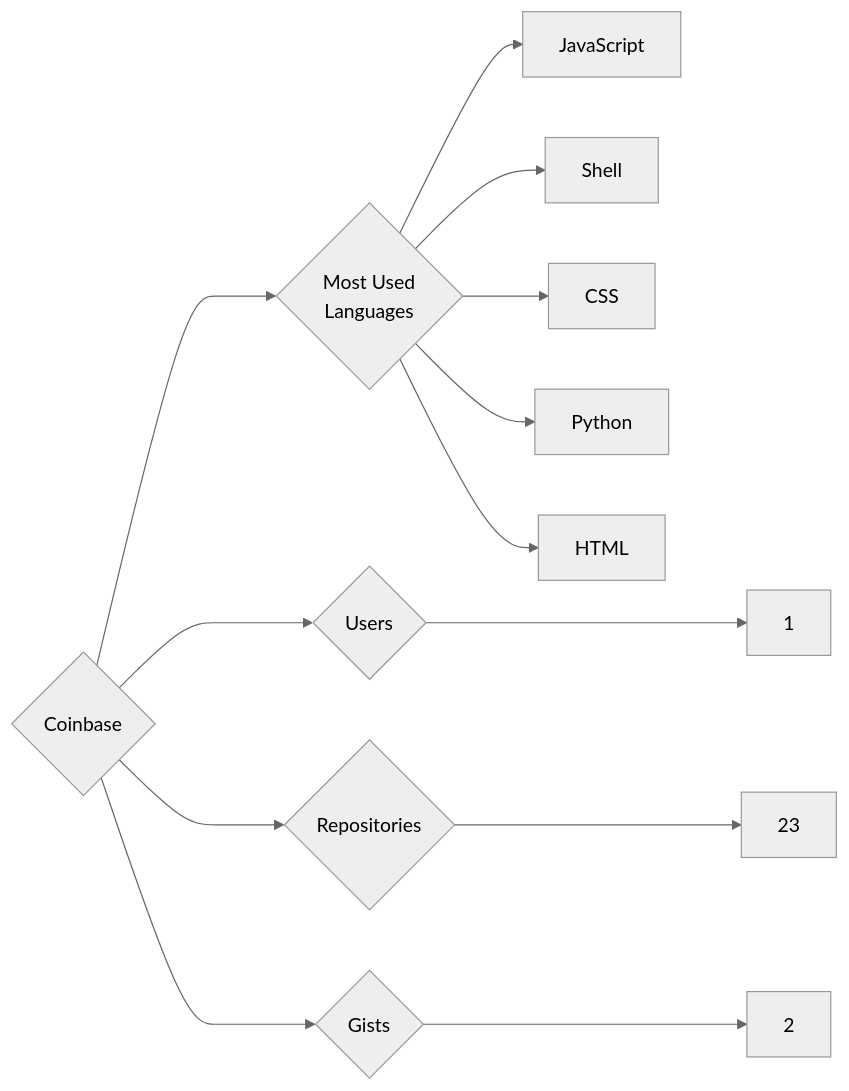
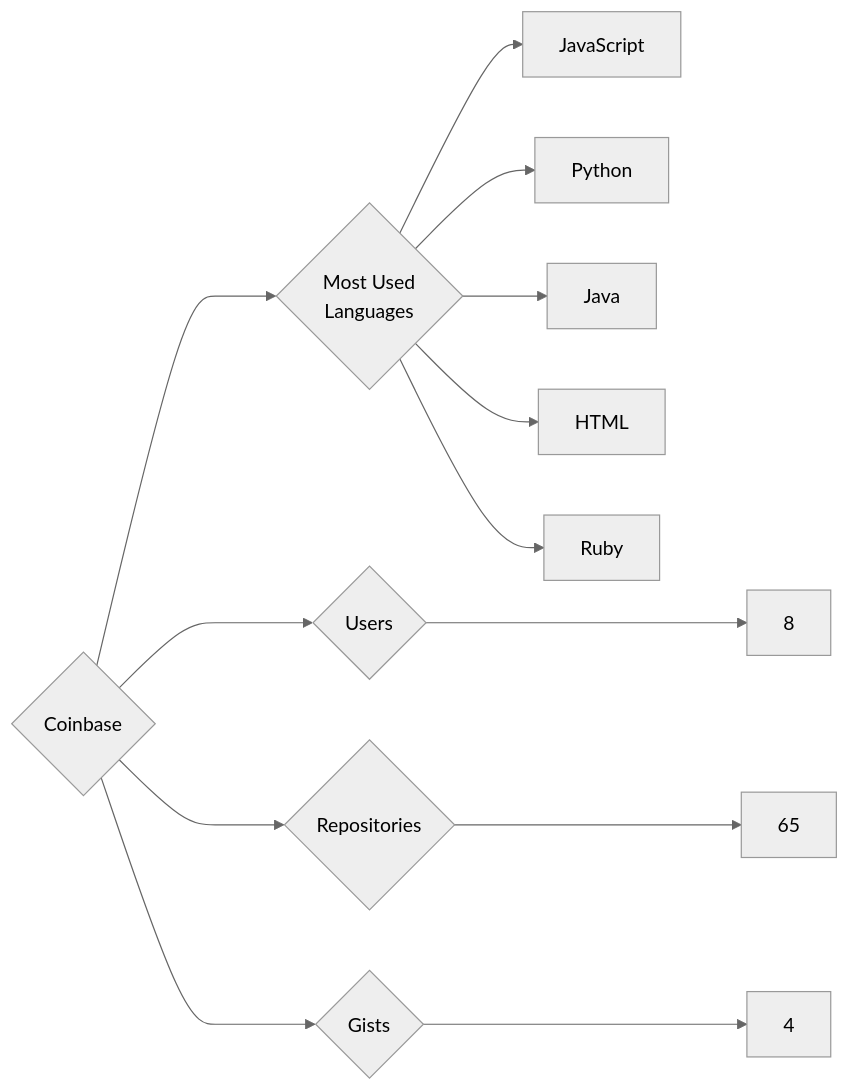
One commit to trickest/insiders changed the diagram in targets/Coinbase/README.md. Above: the diagram before and after it, drawn with Mermaid (neutral theme). The commit also changed 873 other files, not shown here.

````diff
--- a/targets/Coinbase/README.md
+++ b/targets/Coinbase/README.md
@@ -3,13 +3,13 @@
 ```mermaid
 graph LR
 COMPANY_NAME{Coinbase}
-COMPANY_NAME ---> U{Users} ---> UN[1]
-COMPANY_NAME ---> R{Repositories} ---> RN[23]
-COMPANY_NAME ---> G{Gists} ---> GN[2]
+COMPANY_NAME ---> U{Users} ---> UN[8]
+COMPANY_NAME ---> R{Repositories} ---> RN[65]
+COMPANY_NAME ---> G{Gists} ---> GN[4]
 COMPANY_NAME ---> ML{Most Used<br>Languages}
 ML --> JavaScript[JavaScript]
-ML --> Shell[Shell]
-ML --> CSS[CSS]
 ML --> Python[Python]
+ML --> Java[Java]
 ML --> HTML[HTML]
+ML --> Ruby[Ruby]
 ```
````
